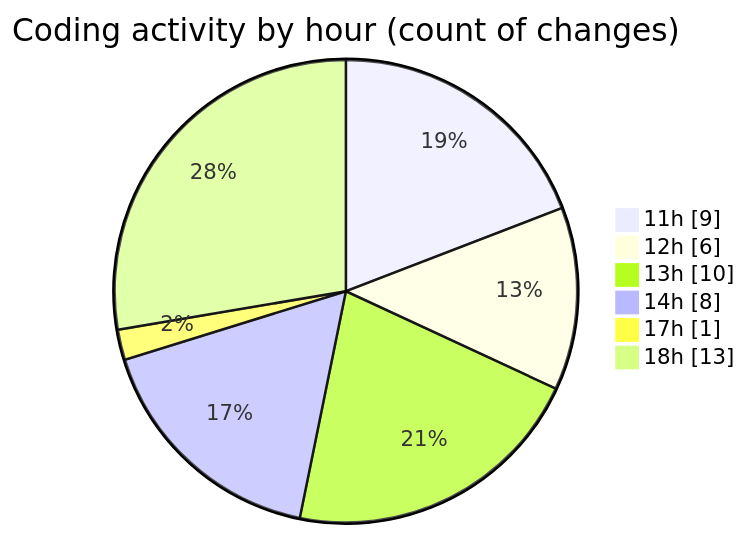
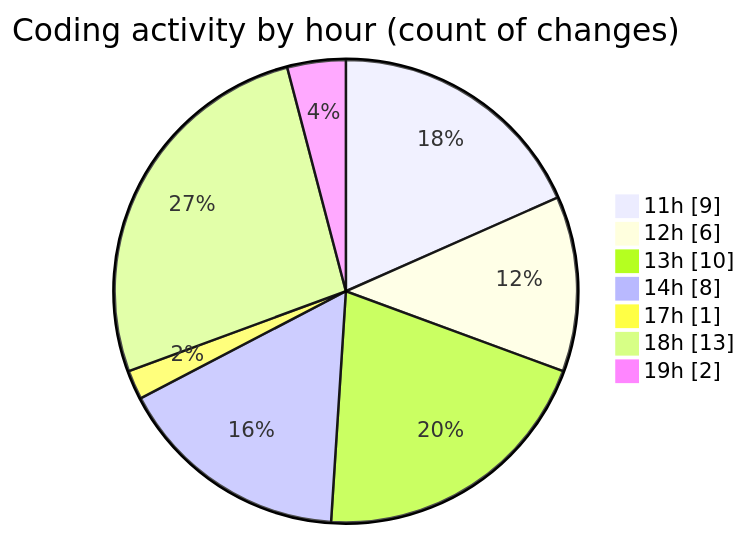
Before and after one commit to BS-eng2023/code-tracking: the second of 2 diagrams in 2025-05-08/recipe-app/README.md, drawn with Mermaid. The commit also changed other lines of this file and 1 other file, not shown here.

````diff
--- a/2025-05-08/recipe-app/README.md
+++ b/2025-05-08/recipe-app/README.md
@@ -35,10 +35,11 @@
 ```mermaid
 pie showData
 title Coding activity by hour (count of changes)
 "11h" : 9
 "12h" : 6
 "13h" : 10
 "14h" : 8
 "17h" : 1
 "18h" : 13
+"19h" : 2
 ```
````
